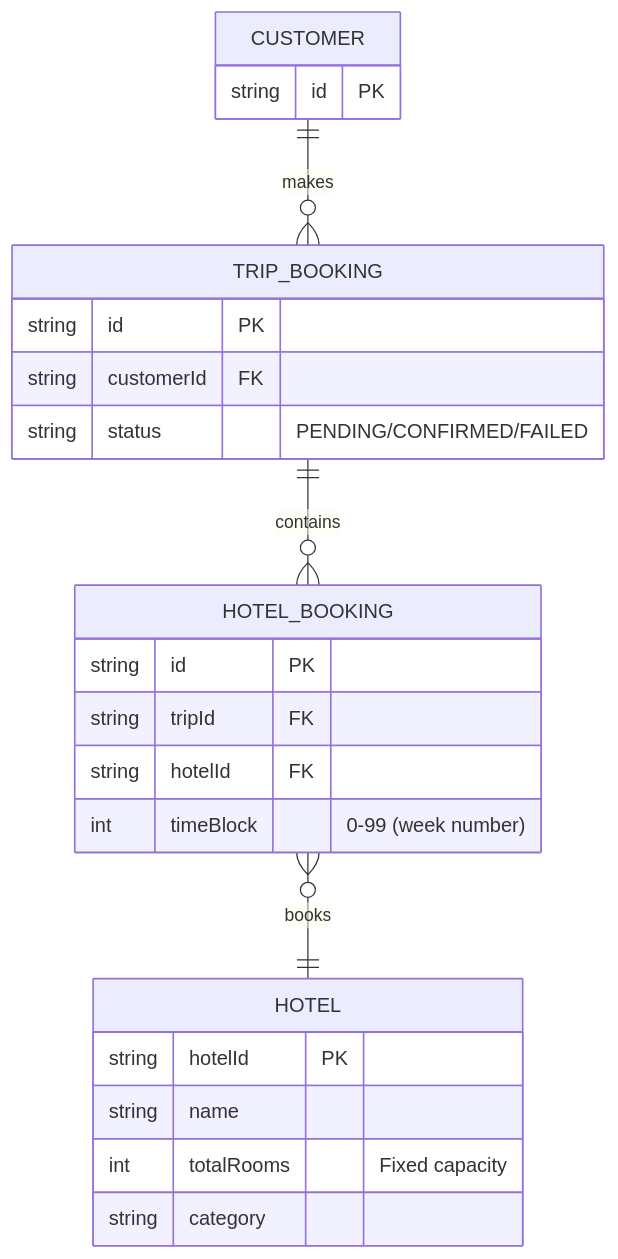
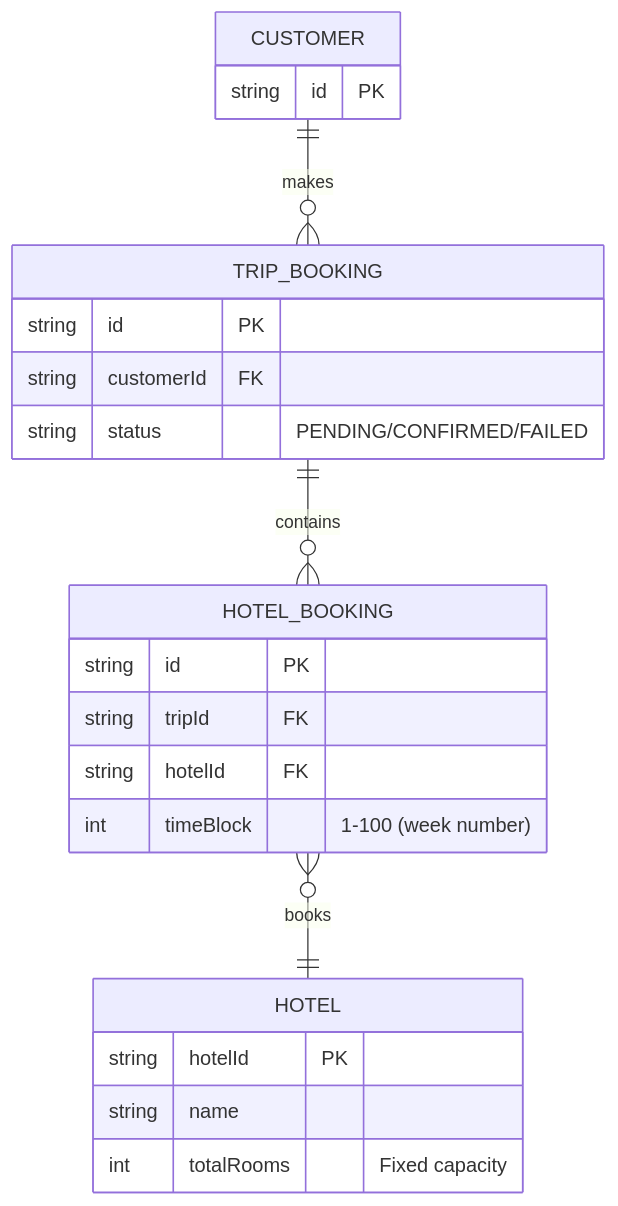
Before and after one commit to MaxDusdal/dhbw-distributed-systems-messages: the third of 5 diagrams in docs/architecture/High-Level Design.md, drawn with Mermaid. The commit also changed other lines of this file, not shown here.

Commit message:
Update architecture design

````diff
--- a/docs/architecture/High-Level Design.md
+++ b/docs/architecture/High-Level Design.md
@@ -102,30 +102,29 @@
 ```mermaid
 erDiagram
     CUSTOMER ||--o{ TRIP_BOOKING: "makes"
     TRIP_BOOKING ||--o{ HOTEL_BOOKING: "contains"
     HOTEL_BOOKING }o--|| HOTEL: "books"
 
     CUSTOMER {
         string id PK
     }
 
     TRIP_BOOKING {
         string id PK
         string customerId FK
         string status "PENDING/CONFIRMED/FAILED"
     }
 
     HOTEL_BOOKING {
         string id PK
         string tripId FK
         string hotelId FK
-        int timeBlock "0-99 (week number)"
+        int timeBlock "1-100 (week number)"
     }
 
     HOTEL {
         string hotelId PK
         string name
         int totalRooms "Fixed capacity"
-        string category
     }
 ```
````
